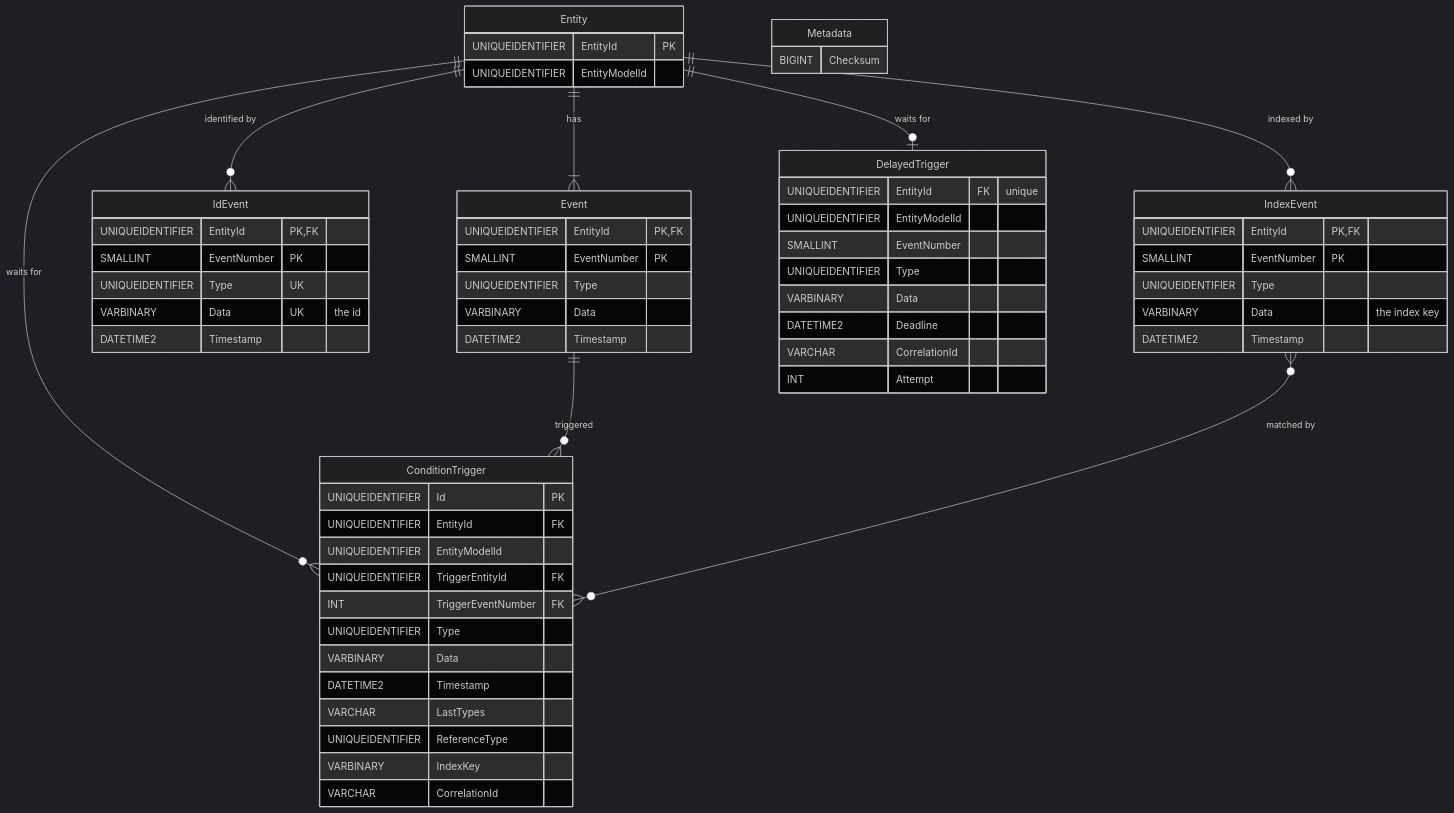
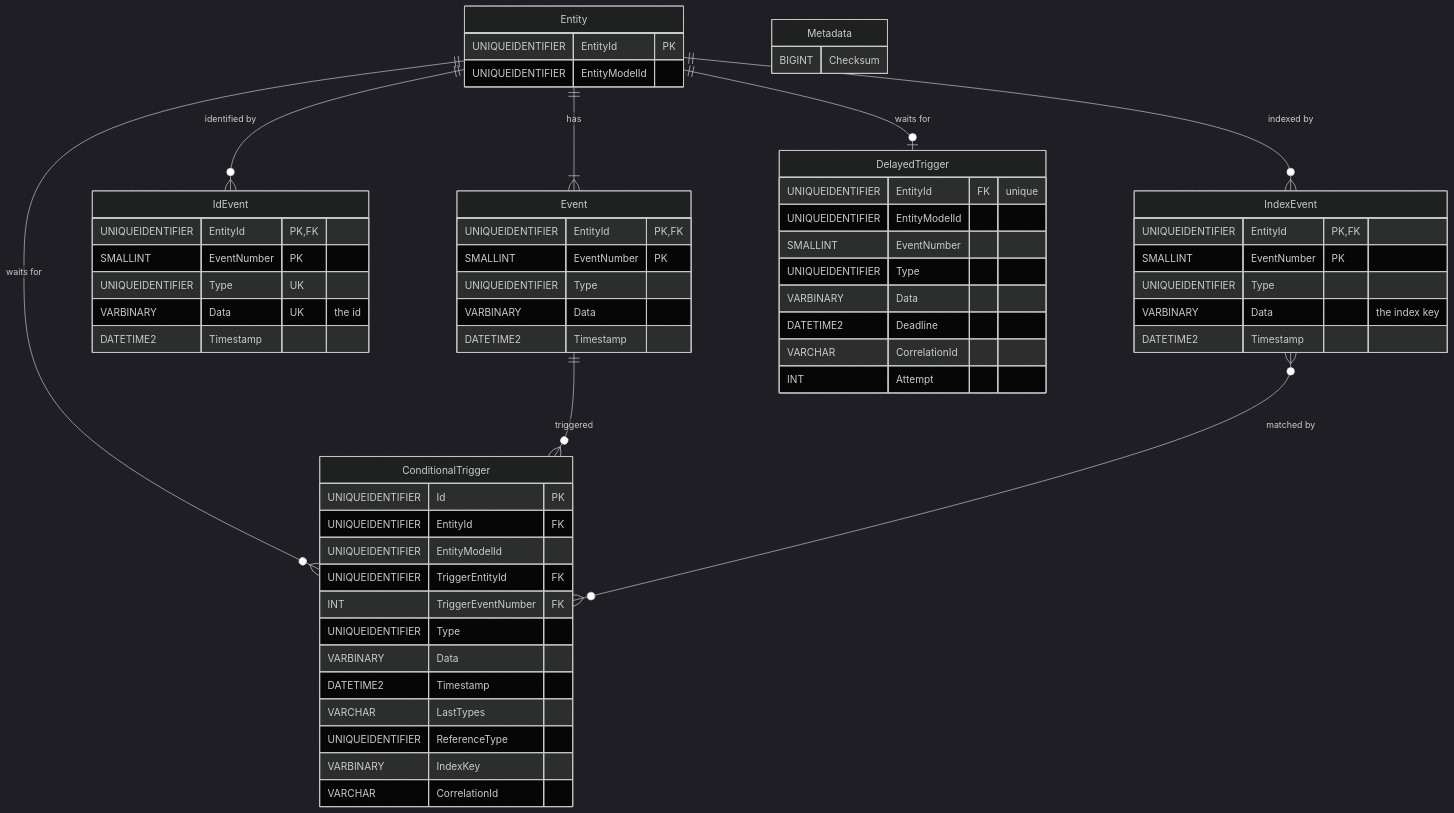
One commit to the-backend-project/tits changed the diagram in docs/data-model.md. Above: the diagram before and after it, drawn with Mermaid (dark theme). The commit also changed other lines of this file and 12 other files, not shown here.

Commit message:
Rename condition trigger to conditional trigger (#147)

````diff
--- a/docs/data-model.md
+++ b/docs/data-model.md
@@ -7,63 +7,63 @@
 ```mermaid
 erDiagram
     Entity ||--|{ Event : "has"
     Entity ||--o{ IdEvent : "identified by"
     Entity ||--o{ IndexEvent : "indexed by"
     Entity ||--o| DelayedTrigger : "waits for"
-    Entity ||--o{ ConditionTrigger : "waits for"
-    Event ||--o{ ConditionTrigger : "triggered"
-    IndexEvent }o--o{ ConditionTrigger : "matched by"
+    Entity ||--o{ ConditionalTrigger : "waits for"
+    Event ||--o{ ConditionalTrigger : "triggered"
+    IndexEvent }o--o{ ConditionalTrigger : "matched by"
 
     Metadata {
         BIGINT Checksum
     }
     Entity {
         UNIQUEIDENTIFIER EntityId PK
         UNIQUEIDENTIFIER EntityModelId
     }
     Event {
         UNIQUEIDENTIFIER EntityId PK, FK
         SMALLINT EventNumber PK
         UNIQUEIDENTIFIER Type
         VARBINARY Data
         DATETIME2 Timestamp
     }
     IdEvent {
         UNIQUEIDENTIFIER EntityId PK, FK
         SMALLINT EventNumber PK
         UNIQUEIDENTIFIER Type UK
         VARBINARY Data UK "the id"
         DATETIME2 Timestamp
     }
     IndexEvent {
         UNIQUEIDENTIFIER EntityId PK, FK
         SMALLINT EventNumber PK
         UNIQUEIDENTIFIER Type
         VARBINARY Data "the index key"
         DATETIME2 Timestamp
     }
     DelayedTrigger {
         UNIQUEIDENTIFIER EntityId FK "unique"
         UNIQUEIDENTIFIER EntityModelId
         SMALLINT EventNumber
         UNIQUEIDENTIFIER Type
         VARBINARY Data
         DATETIME2 Deadline
         VARCHAR CorrelationId
         INT Attempt
     }
-    ConditionTrigger {
+    ConditionalTrigger {
         UNIQUEIDENTIFIER Id PK
         UNIQUEIDENTIFIER EntityId FK
         UNIQUEIDENTIFIER EntityModelId
         UNIQUEIDENTIFIER TriggerEntityId FK
         INT TriggerEventNumber FK
         UNIQUEIDENTIFIER Type
         VARBINARY Data
         DATETIME2 Timestamp
         VARCHAR LastTypes
         UNIQUEIDENTIFIER ReferenceType
         VARBINARY IndexKey
         VARCHAR CorrelationId
     }
 ```
````
